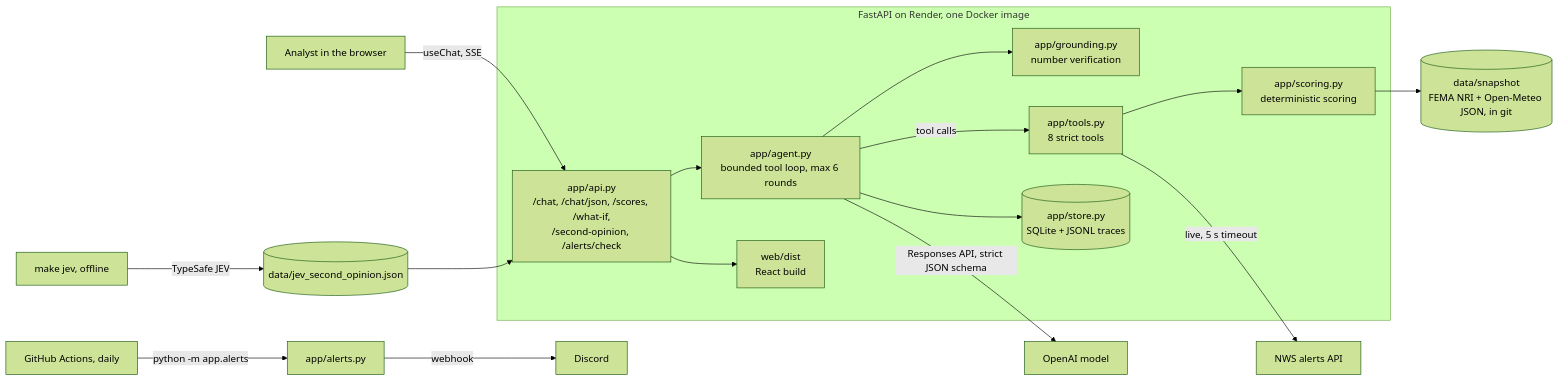
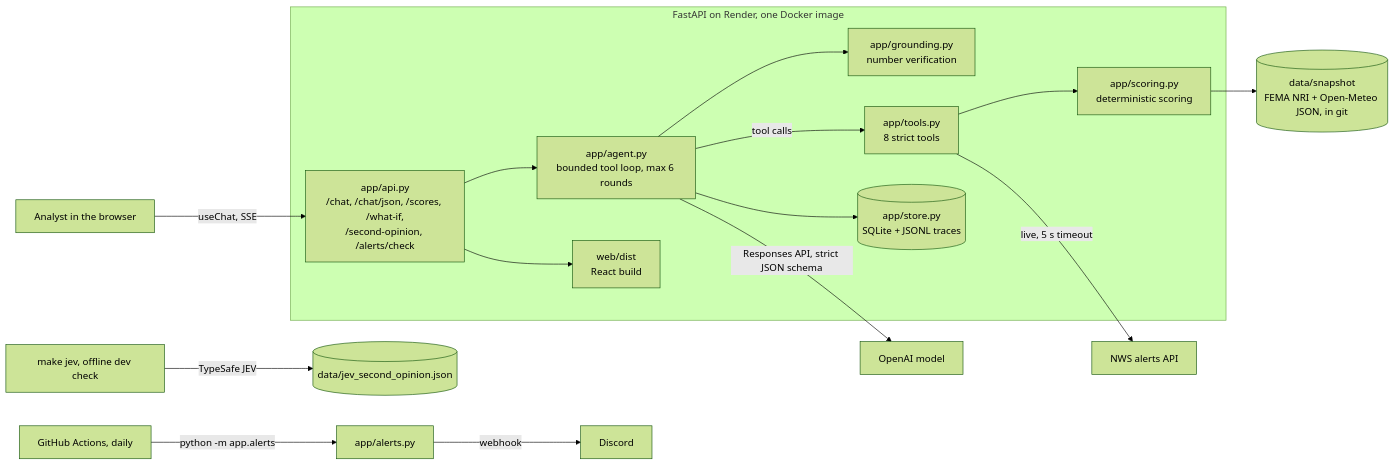
The diagram in docs/ARCHITECTURE.md (yarkoody/WeatherAgent), drawn with Mermaid (forest theme) before and after one commit. The commit also changed other lines of this file and 2 other files, not shown here.

Commit message:
docs: JEV is an offline development check, not part of the product (and why)

````diff
--- a/docs/ARCHITECTURE.md
+++ b/docs/ARCHITECTURE.md
@@ -7,24 +7,24 @@
 ```mermaid
 flowchart LR
   U[Analyst in the browser] -->|useChat, SSE| API
   subgraph Server [FastAPI on Render, one Docker image]
     API[app/api.py<br/>/chat, /chat/json, /scores, /what-if,<br/>/second-opinion, /alerts/check]
     AG[app/agent.py<br/>bounded tool loop, max 6 rounds]
     GR[app/grounding.py<br/>number verification]
     TL[app/tools.py<br/>8 strict tools]
     SC[app/scoring.py<br/>deterministic scoring]
     ST[(app/store.py<br/>SQLite + JSONL traces)]
     UI[web/dist<br/>React build]
   end
   API --> AG
   AG -->|tool calls| TL
   TL --> SC
   SC --> SNAP[(data/snapshot<br/>FEMA NRI + Open-Meteo JSON, in git)]
   TL -->|live, 5 s timeout| NWS[NWS alerts API]
   AG -->|Responses API, strict JSON schema| LLM[OpenAI model]
   AG --> GR
   AG --> ST
   API --> UI
   GHA[GitHub Actions, daily] -->|python -m app.alerts| ALR[app/alerts.py] -->|webhook| DIS[Discord]
-  JEV[make jev, offline] -->|TypeSafe JEV| OPN[(data/jev_second_opinion.json)] --> API
+  JEV[make jev, offline dev check] -->|TypeSafe JEV| OPN[(data/jev_second_opinion.json)]
 ```
````
